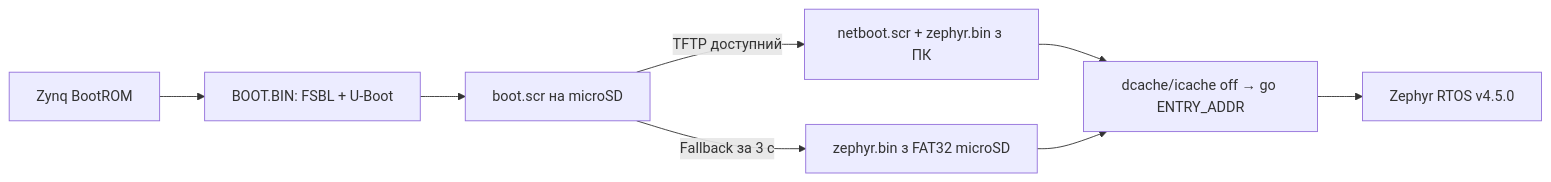
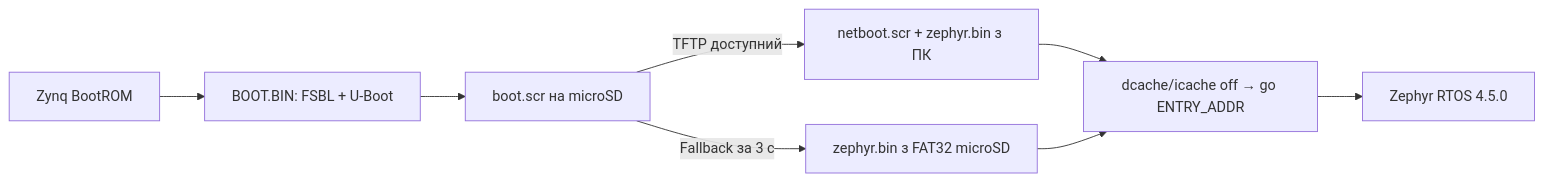
One commit to nick-fedchik/articles changed the diagram in DOU/DOU-Zephyr-RTOS-on-PYNQ-Z1-without-Vivado-UA.md. Above: the diagram before and after it, drawn with Mermaid. The commit also changed other lines of this file, not shown here.

````diff
--- a/DOU/DOU-Zephyr-RTOS-on-PYNQ-Z1-without-Vivado-UA.md
+++ b/DOU/DOU-Zephyr-RTOS-on-PYNQ-Z1-without-Vivado-UA.md
@@ -26,10 +26,10 @@
 ```mermaid
 flowchart LR
     A[Zynq BootROM] --> B[BOOT.BIN: FSBL + U-Boot]
     B --> C[boot.scr на microSD]
     C -->|TFTP доступний| D[netboot.scr + zephyr.bin з ПК]
     C -->|Fallback за 3 с| E[zephyr.bin з FAT32 microSD]
     D --> F["dcache/icache off → go ENTRY_ADDR"]
     E --> F
-    F --> G[Zephyr RTOS v4.5.0]
+    F --> G[Zephyr RTOS 4.5.0]
 ```
````
